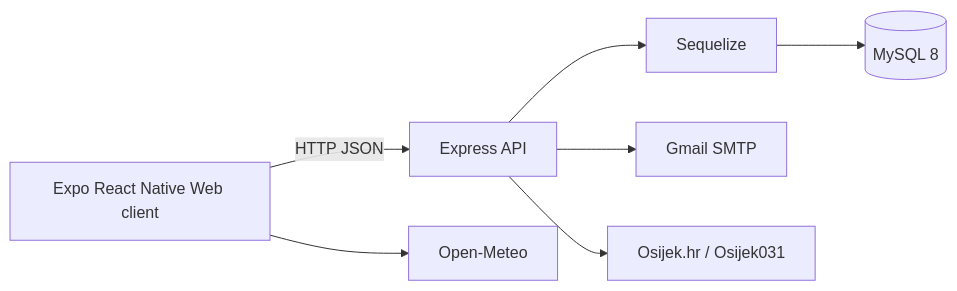
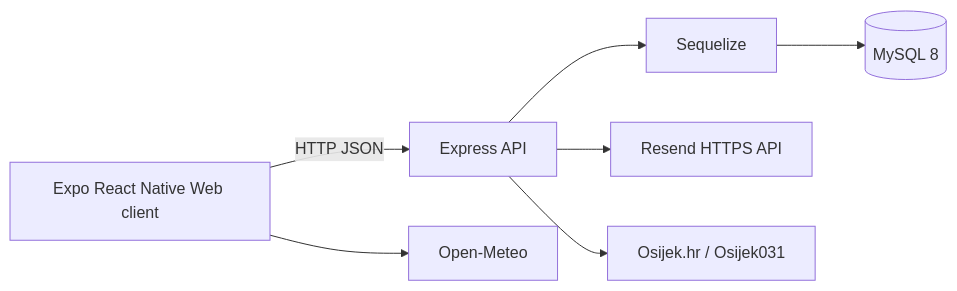
The diagram in docs/PROJECT_DOCUMENTATION.md (marinam291/osijek-info-kiosk), drawn with Mermaid before and after one commit. The commit also changed other lines of this file and 6 other files, not shown here.

````diff
--- a/docs/PROJECT_DOCUMENTATION.md
+++ b/docs/PROJECT_DOCUMENTATION.md
@@ -11,9 +11,9 @@
 ```mermaid
 flowchart LR
     Browser[Expo React Native Web client] -->|HTTP JSON| API[Express API]
     API --> ORM[Sequelize]
     ORM --> DB[(MySQL 8)]
-    API --> Mail[Gmail SMTP]
+    API --> Mail[Resend HTTPS API]
     API --> External[Osijek.hr / Osijek031]
     Browser --> Weather[Open-Meteo]
 ```
````
